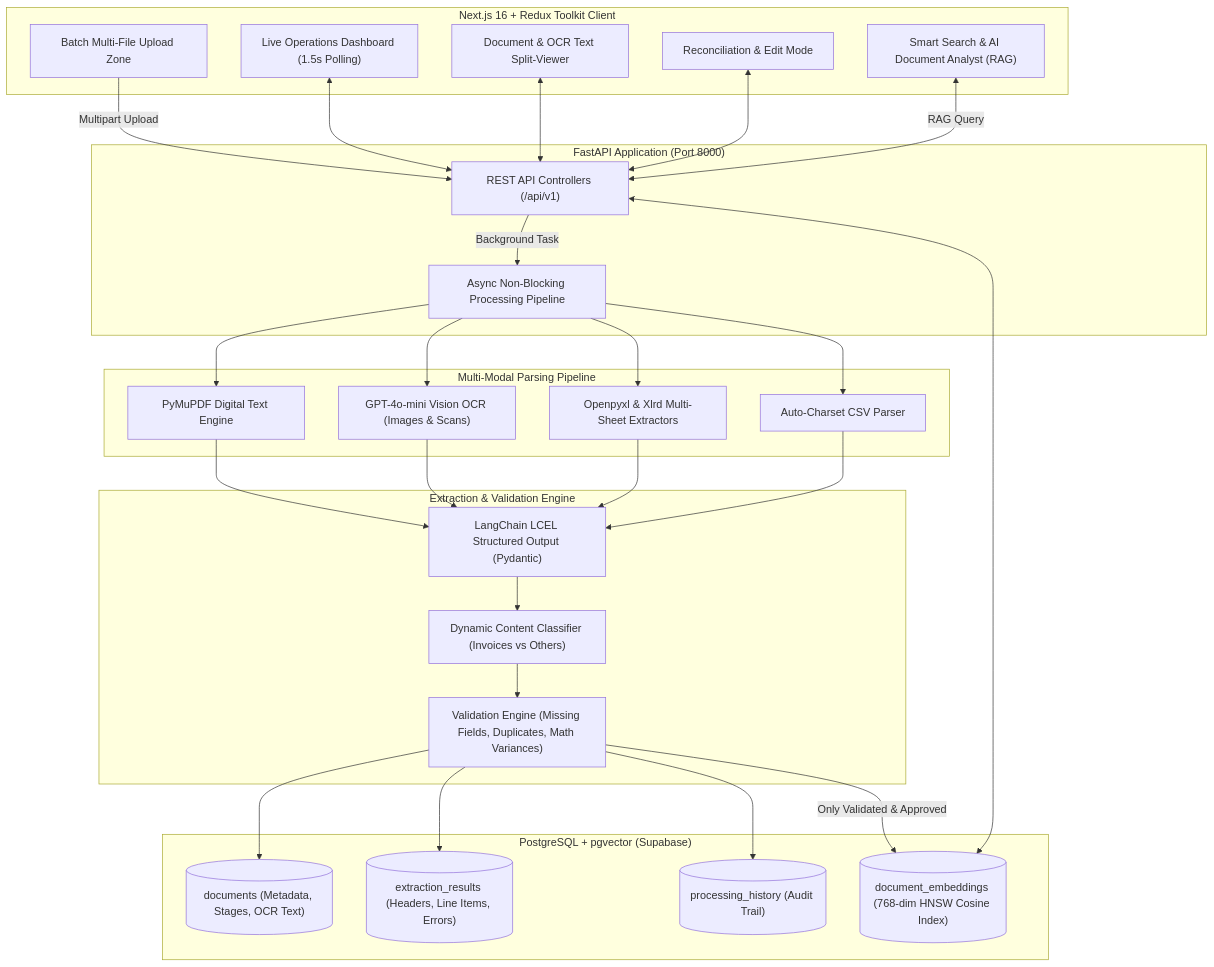
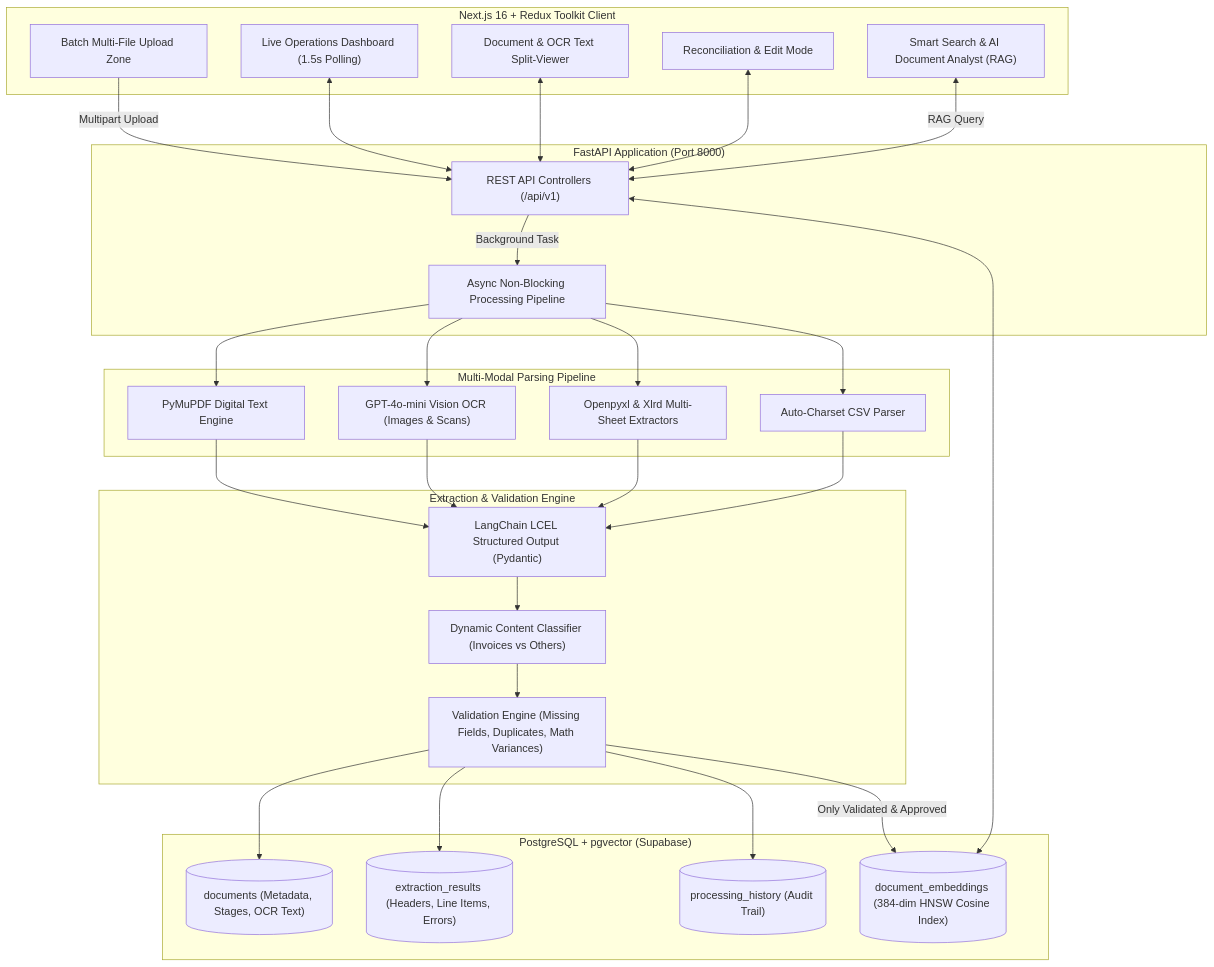
Before and after one commit to mmiskatul/DocuIntel-backend: the first of 2 diagrams in README.md, drawn with Mermaid. The commit also changed other lines of this file and 13 other files, not shown here.

````diff
--- a/README.md
+++ b/README.md
@@ -27,46 +27,46 @@
 ```mermaid
 flowchart TD
     subgraph Client["Next.js 16 + Redux Toolkit Client"]
         Upload["Batch Multi-File Upload Zone"]
         Dashboard["Live Operations Dashboard (1.5s Polling)"]
         Viewer["Document & OCR Text Split-Viewer"]
         Review["Reconciliation & Edit Mode"]
         Analyst["Smart Search & AI Document Analyst (RAG)"]
     end
 
     subgraph Backend_Gateway["FastAPI Application (Port 8000)"]
         Endpoints["REST API Controllers (/api/v1)"]
         WorkerPool["Async Non-Blocking Processing Pipeline"]
     end
 
     subgraph Parsing_Engines["Multi-Modal Parsing Pipeline"]
         PDF_Engine["PyMuPDF Digital Text Engine"]
         Vision_Engine["GPT-4o-mini Vision OCR (Images & Scans)"]
         Excel_Engine["Openpyxl & Xlrd Multi-Sheet Extractors"]
         CSV_Engine["Auto-Charset CSV Parser"]
     end
 
     subgraph Intelligence["Extraction & Validation Engine"]
         LangChain_LLM["LangChain LCEL Structured Output (Pydantic)"]
         Doc_Classifier["Dynamic Content Classifier (Invoices vs Others)"]
         Validator["Validation Engine (Missing Fields, Duplicates, Math Variances)"]
     end
 
     subgraph Storage["PostgreSQL + pgvector (Supabase)"]
         T_Docs[("documents (Metadata, Stages, OCR Text)")]
         T_Results[("extraction_results (Headers, Line Items, Errors)")]
         T_History[("processing_history (Audit Trail)")]
-        T_Embeddings[("document_embeddings (768-dim HNSW Cosine Index)")]
+        T_Embeddings[("document_embeddings (384-dim HNSW Cosine Index)")]
     end
 
     Upload -->|Multipart Upload| Endpoints
     Endpoints -->|Background Task| WorkerPool
     WorkerPool --> PDF_Engine & Vision_Engine & Excel_Engine & CSV_Engine
     PDF_Engine & Vision_Engine & Excel_Engine & CSV_Engine --> LangChain_LLM
     LangChain_LLM --> Doc_Classifier --> Validator
     Validator --> T_Docs & T_Results & T_History
     Validator -->|Only Validated & Approved| T_Embeddings
     Dashboard & Viewer & Review <--> Endpoints
     Analyst <-->|RAG Query| Endpoints
     Endpoints <--> T_Embeddings
 ```
````
